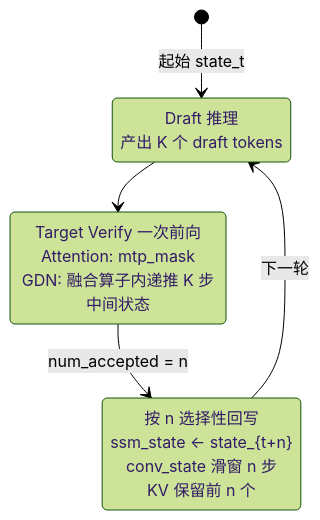
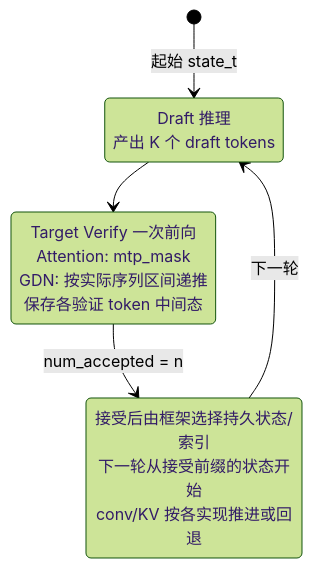
One commit to Atlas-Ascend-Fork/cannbot-knowledge changed the diagram in knowledge/model/inference/concepts/techniques/mtp_speculative_decoding.md. Above: the diagram before and after it, drawn with Mermaid (forest theme). The commit also changed other lines of this file and 441 other files, not shown here.

````diff
--- a/knowledge/model/inference/concepts/techniques/mtp_speculative_decoding.md
+++ b/knowledge/model/inference/concepts/techniques/mtp_speculative_decoding.md
@@ -36,10 +42,10 @@
 ```mermaid
 stateDiagram-v2
  [*] --> Draft: 起始 state_t
  Draft: Draft 推理<br/>产出 K 个 draft tokens
  Draft --> Verify
- Verify: Target Verify 一次前向<br/>Attention: mtp_mask<br/>GDN: 融合算子内递推 K 步中间状态
+ Verify: Target Verify 一次前向<br/>Attention: mtp_mask<br/>GDN: 按实际序列区间递推<br/>保存各验证 token 中间态
  Verify --> Acc: num_accepted = n
- Acc: 按 n 选择性回写<br/>ssm_state ← state_{t+n}<br/>conv_state 滑窗 n 步<br/>KV 保留前 n 个
+ Acc: 接受后由框架选择持久状态/索引<br/>下一轮从接受前缀的状态开始<br/>conv/KV 按各实现推进或回退
  Acc --> Draft: 下一轮
 ```
````
